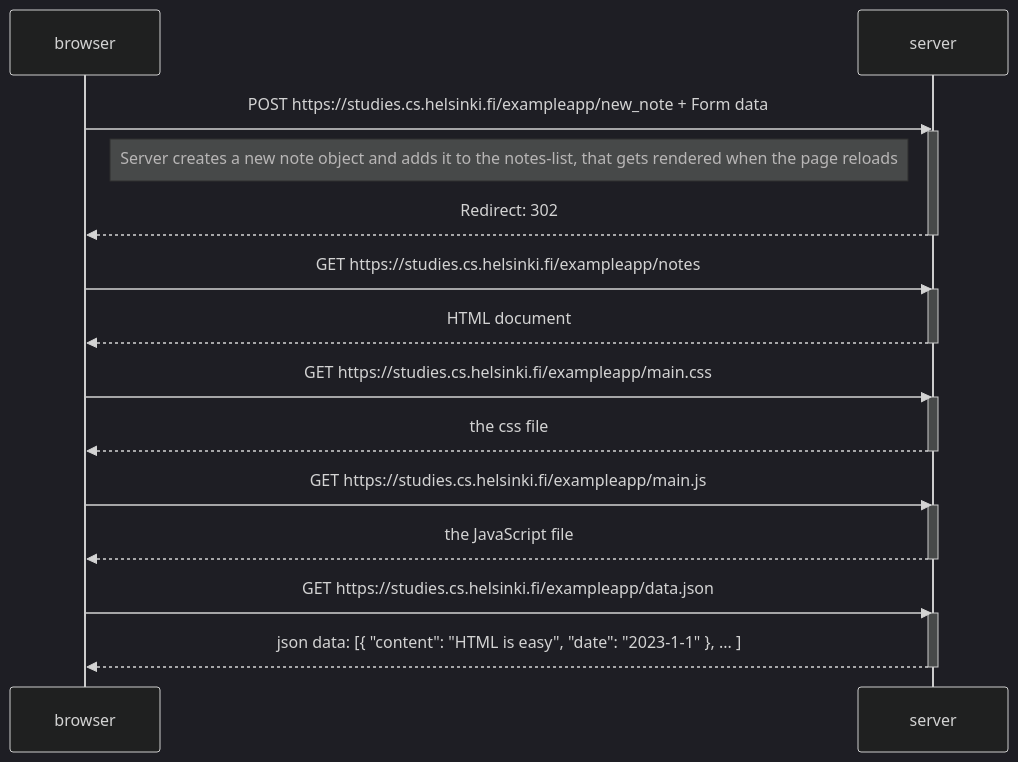
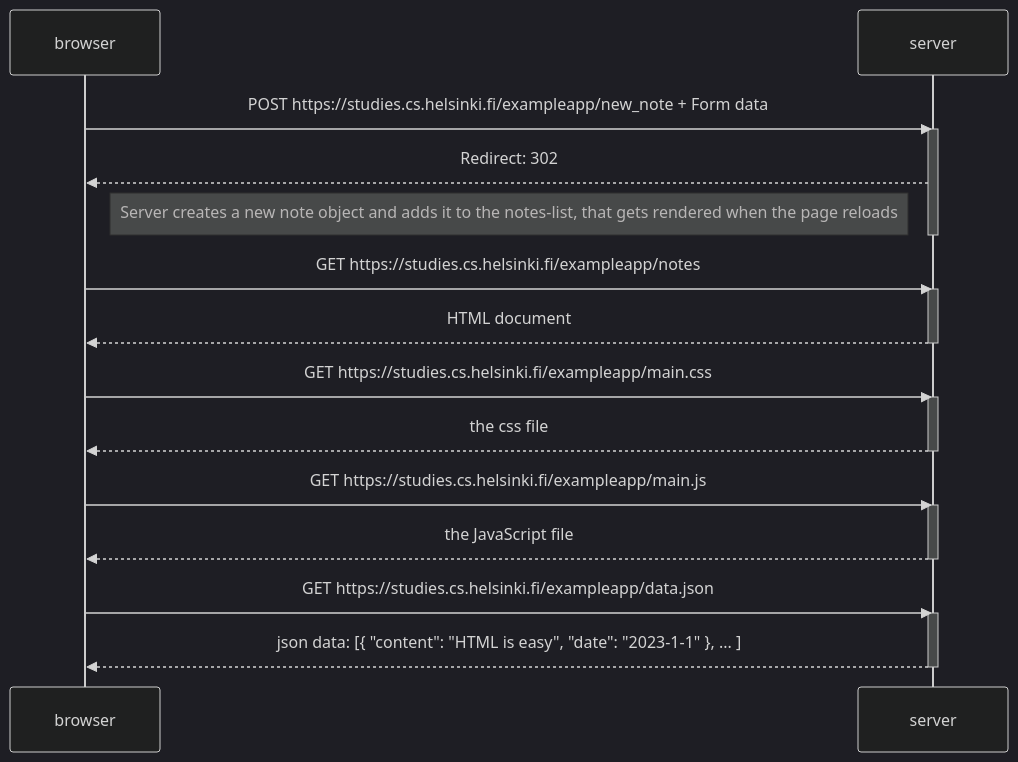
Before and after one commit to withoutglue/FullStack-HY: the diagram in osa0/uusi_muistiinpano.md, drawn with Mermaid (dark theme).

````diff
--- a/osa0/uusi_muistiinpano.md
+++ b/osa0/uusi_muistiinpano.md
@@ -3,33 +3,34 @@
 ```mermaid
 sequenceDiagram
     participant browser
     participant server
 
     browser->>server: POST https://studies.cs.helsinki.fi/exampleapp/new_note + Form data
     activate server
-    Note right of browser: Server creates a new note object and adds it to the notes-list, that gets rendered when the page reloads
     server-->>browser: Redirect: 302
+    Note right of browser: Server creates a new note object and adds it to the notes-list, that gets rendered when the page         reloads
+
     deactivate server
     
     browser->>server: GET https://studies.cs.helsinki.fi/exampleapp/notes
     activate server
     server-->>browser: HTML document
     deactivate server
     
     browser->>server: GET https://studies.cs.helsinki.fi/exampleapp/main.css
     activate server
     server-->>browser: the css file
     deactivate server
     
     browser->>server: GET https://studies.cs.helsinki.fi/exampleapp/main.js
     activate server
     server-->>browser: the JavaScript file
     deactivate server
     
     
     browser->>server: GET https://studies.cs.helsinki.fi/exampleapp/data.json
     activate server
     server-->>browser: json data: [{ "content": "HTML is easy", "date": "2023-1-1" }, ... ]
     deactivate server    
 
 ```
````
